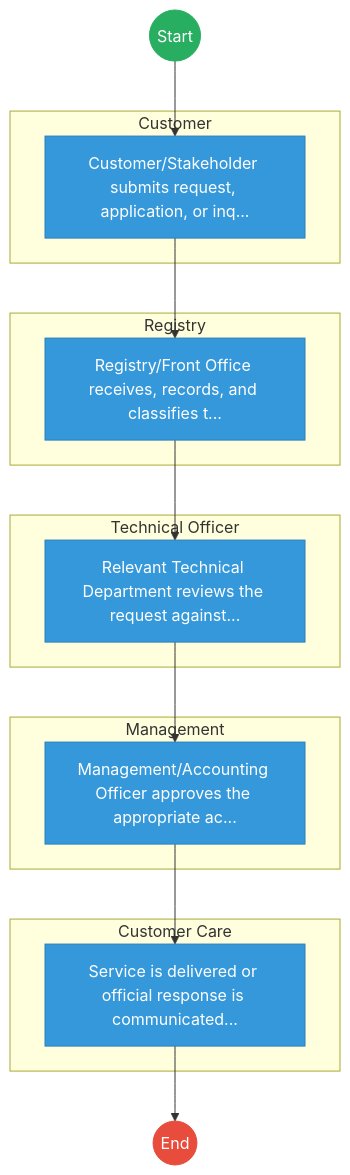
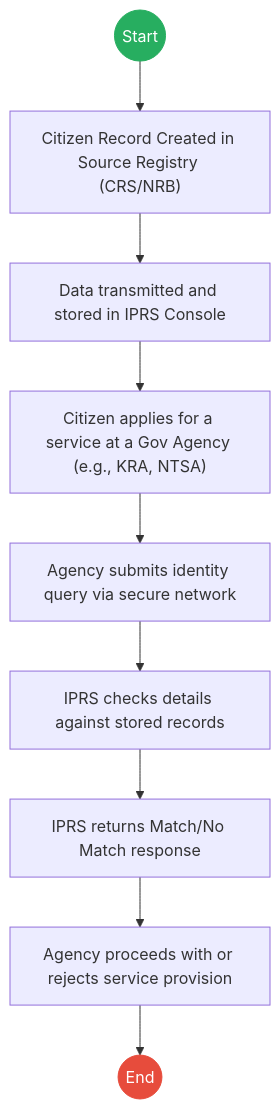
The first of 3 diagrams in mdas/docs_final/_INTEGRATED_POPULATION_REGISTRATION_SYSTEM___Service_Delivery.md (BITZ-IT-Consulting-LTD/ictapoc), drawn with Mermaid before and after one commit. The commit also changed other lines of this file and 4 other files, not shown here.

````diff
--- a/mdas/docs_final/_INTEGRATED_POPULATION_REGISTRATION_SYSTEM___Service_Delivery.md
+++ b/mdas/docs_final/_INTEGRATED_POPULATION_REGISTRATION_SYSTEM___Service_Delivery.md
@@ -20,38 +20,16 @@
 ```mermaid
 graph TD
     Start((Start)) --> S1
-
-    subgraph Customer [Customer]
-        S1["Customer/Stakeholder submits request, application, or inq..."]
-    end
-
-    subgraph Registry [Registry]
-        S2["Registry/Front Office receives, records, and classifies t..."]
-    end
-
-    subgraph Technical_Officer [Technical Officer]
-        S3["Relevant Technical Department reviews the request against..."]
-    end
-
-    subgraph Management [Management]
-        S4["Management/Accounting Officer approves the appropriate ac..."]
-    end
-
-    subgraph Customer_Care [Customer Care]
-        S5["Service is delivered or official response is communicated..."]
-    end
-    S1 --> S2
-    S2 --> S3
-    S3 --> S4
-    S4 --> S5
-    S5 --> End((End))
+    S1["Citizen Record Created in Source Registry (CRS/NRB)"] --> S2
+    S2["Data transmitted and stored in IPRS Console"] --> S3
+    S3["Citizen applies for a service at a Gov Agency (e.g., KRA, NTSA)"] --> S4
+    S4["Agency submits identity query via secure network"] --> S5
+    S5["IPRS checks details against stored records"] --> S6
+    S6["IPRS returns Match/No Match response"] --> S7
+    S7["Agency proceeds with or rejects service provision"] --> End((End))
 
     classDef start fill:#27ae60,stroke:#27ae60,color:#fff;
     classDef endNode fill:#e74c3c,stroke:#e74c3c,color:#fff;
-    classDef userTask fill:#3498db,stroke:#2980b9,color:#fff;
-    classDef serviceTask fill:#9b59b6,stroke:#8e44ad,color:#fff;
-
     class Start start;
     class End endNode;
-    class S1,S2,S3,S4,S5 userTask;
 ```
````
